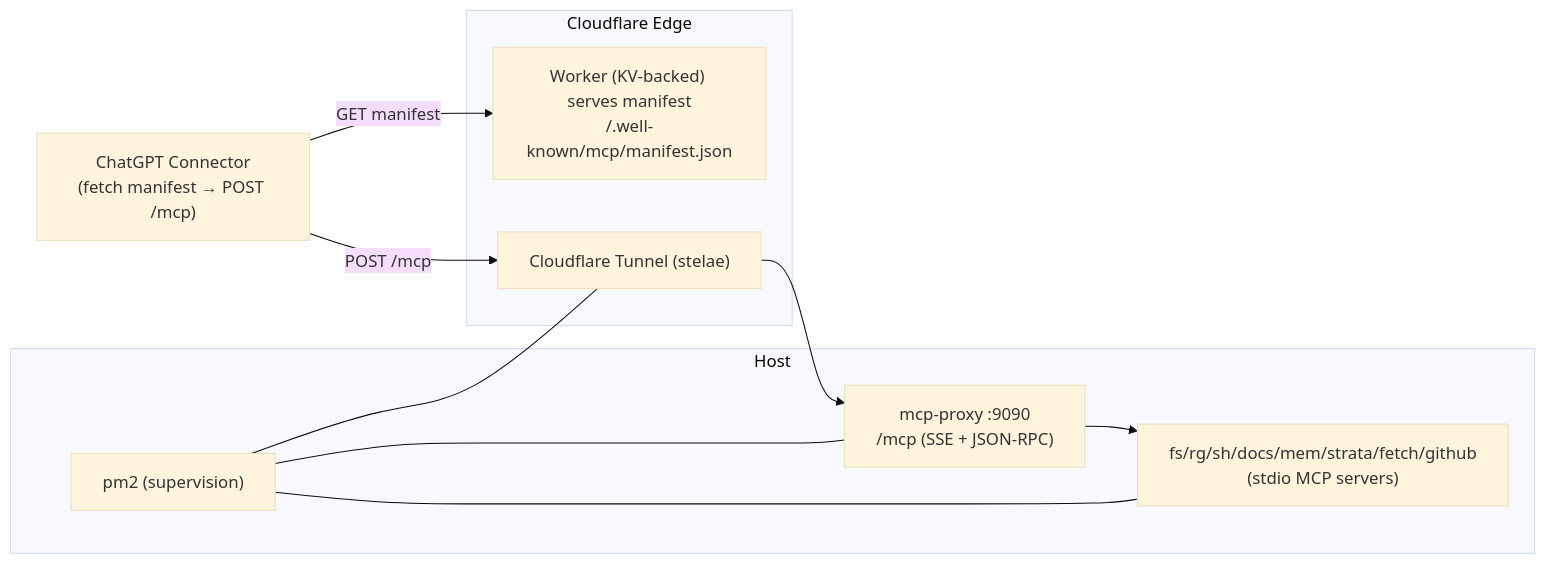
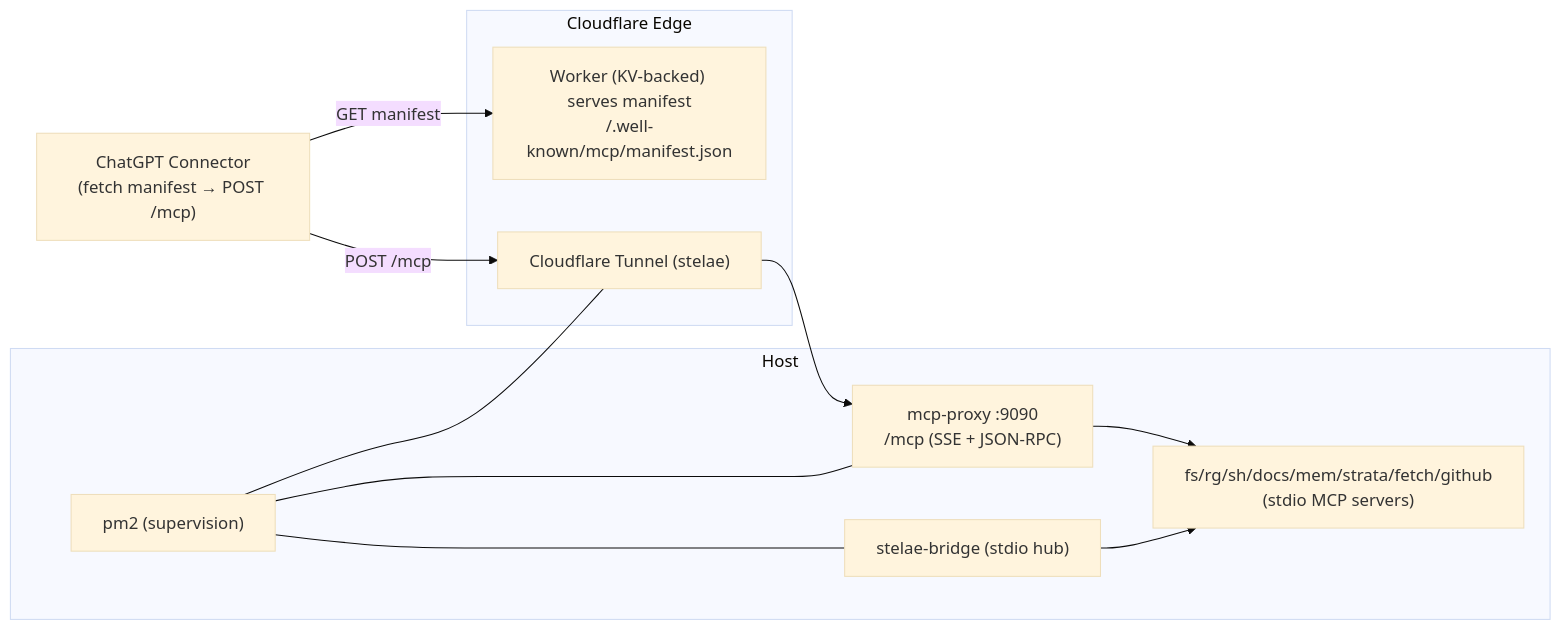
One commit to Dub1n/stelae changed the diagram in dev/final-push-handoff.md. Above: the diagram before and after it, drawn with Mermaid (base theme). The commit also changed other lines of this file and 21 other files, not shown here.

`````diff
--- a/dev/final-push-handoff.md
+++ b/dev/final-push-handoff.md
@@ -45,19 +45,21 @@
 ```mermaid
 flowchart LR
     Client["ChatGPT Connector<br/>(fetch manifest → POST /mcp)"]
     subgraph Cloudflare Edge
       WK["Worker (KV-backed) serves manifest<br/>/.well-known/mcp/manifest.json"]
       CF["Cloudflare Tunnel (stelae)"]
     end
     subgraph Host
       PX["mcp-proxy :9090<br/>/mcp (SSE + JSON-RPC)"]
       S1["fs/rg/sh/docs/mem/strata/fetch/github<br/>(stdio MCP servers)"]
+      BR["stelae-bridge (stdio hub)"]
       PM2["pm2 (supervision)"]
     end
 
     Client -->|GET manifest| WK
     Client -->|POST /mcp| CF --> PX --> S1
     PM2 --- PX
     PM2 --- CF
-    PM2 --- S1
+    PM2 --- BR
+    BR --> S1
 ````
`````
